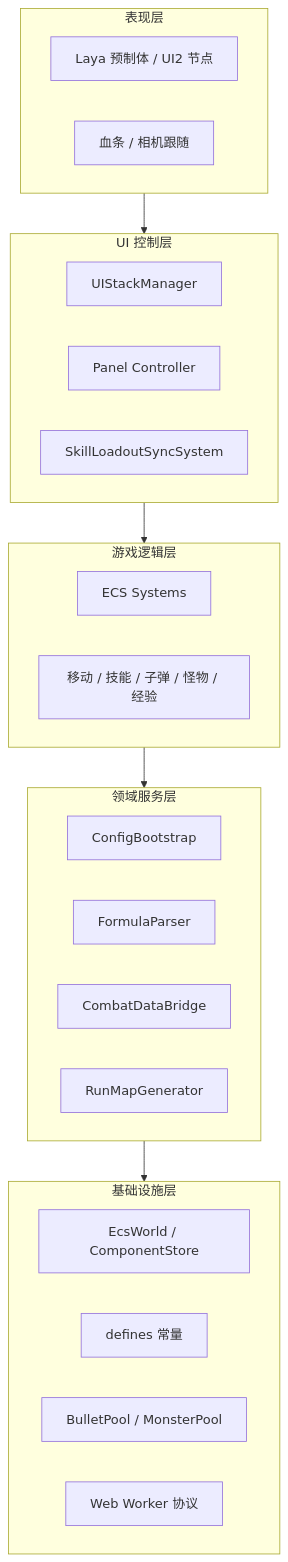
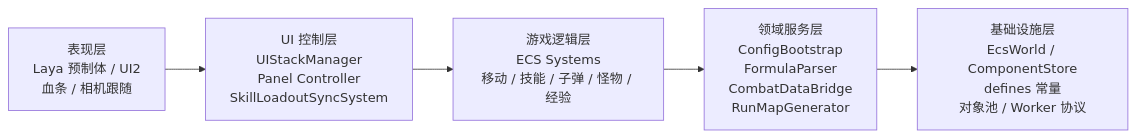
Before and after one commit to kir123456-1q/Survivor-And-Fight: the diagram in SurvivorAndFight/thesis/figures/system-layers.mmd, drawn with Mermaid. The commit also changed 156 other files, not shown here.

```diff
--- a/SurvivorAndFight/thesis/figures/system-layers.mmd
+++ b/SurvivorAndFight/thesis/figures/system-layers.mmd
@@ -1,31 +1,8 @@
-%% Survivor And Fight — 系统分层架构（Mermaid）
-flowchart TB
-  subgraph presentation["表现层"]
-    P1[Laya 预制体 / UI2 节点]
-    P2[血条 / 相机跟随]
-  end
-  subgraph ui["UI 控制层"]
-    U1[UIStackManager]
-    U2[Panel Controller]
-    U3[SkillLoadoutSyncSystem]
-  end
-  subgraph logic["游戏逻辑层"]
-    L1[ECS Systems]
-    L2[移动 / 技能 / 子弹 / 怪物 / 经验]
-  end
-  subgraph domain["领域服务层"]
-    D1[ConfigBootstrap]
-    D2[FormulaParser]
-    D3[CombatDataBridge]
-    D4[RunMapGenerator]
-  end
-  subgraph infra["基础设施层"]
-    I1[EcsWorld / ComponentStore]
-    I2[defines 常量]
-    I3[BulletPool / MonsterPool]
-    I4[Web Worker 协议]
-  end
-  presentation --> ui
-  ui --> logic
-  logic --> domain
-  domain --> infra
+%% Survivor And Fight — 系统分层架构（五层单节点横向，论文排版友好）
+flowchart LR
+  P["表现层<br/>Laya 预制体 / UI2<br/>血条 / 相机跟随"]
+  U["UI 控制层<br/>UIStackManager<br/>Panel Controller<br/>SkillLoadoutSyncSystem"]
+  L["游戏逻辑层<br/>ECS Systems<br/>移动 / 技能 / 子弹 / 怪物 / 经验"]
+  D["领域服务层<br/>ConfigBootstrap<br/>FormulaParser<br/>CombatDataBridge<br/>RunMapGenerator"]
+  I["基础设施层<br/>EcsWorld / ComponentStore<br/>defines 常量<br/>对象池 / Worker 协议"]
+  P --> U --> L --> D --> I
```
